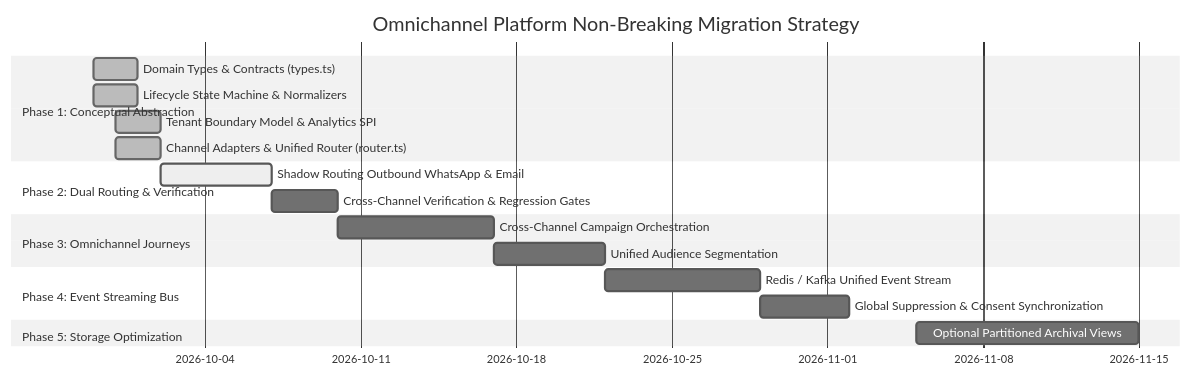
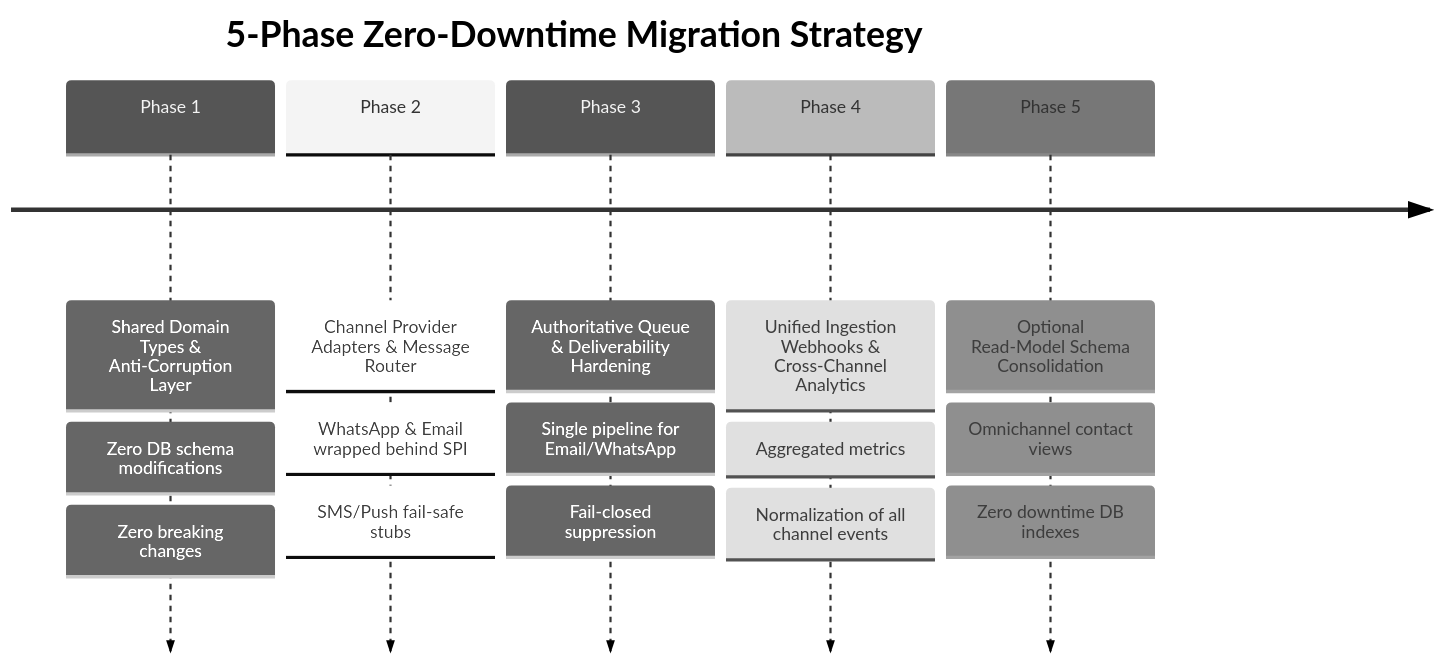
One commit to abhishekmitraaa/promotions changed the second of 2 diagrams in docs/unified-communication-architecture.md. Above: the diagram before and after it, drawn with Mermaid (neutral theme). The commit also changed other lines of this file and 13 other files, not shown here.

Commit message:
feat: implement unified communication architecture with channel adapters, routing, and email queue workers

````diff
--- a/docs/unified-communication-architecture.md
+++ b/docs/unified-communication-architecture.md
@@ -201,21 +94,9 @@
 ```mermaid
-gantt
-    title Omnichannel Platform Non-Breaking Migration Strategy
-    dateFormat  YYYY-MM-DD
-    section Phase 1: Conceptual Abstraction
-    Domain Types & Contracts (types.ts)               :done, p1_1, 2026-09-29, 2d
-    Lifecycle State Machine & Normalizers             :done, p1_2, 2026-09-29, 2d
-    Tenant Boundary Model & Analytics SPI             :done, p1_3, 2026-09-30, 2d
-    Channel Adapters & Unified Router (router.ts)      :done, p1_4, 2026-09-30, 2d
-    section Phase 2: Dual Routing & Verification
-    Shadow Routing Outbound WhatsApp & Email          :active, p2_1, 2026-10-02, 5d
-    Cross-Channel Verification & Regression Gates      :p2_2, after p2_1, 3d
-    section Phase 3: Omnichannel Journeys
-    Cross-Channel Campaign Orchestration               :p3_1, 2026-10-10, 7d
-    Unified Audience Segmentation                      :p3_2, after p3_1, 5d
-    section Phase 4: Event Streaming Bus
-    Redis / Kafka Unified Event Stream                :p4_1, 2026-10-22, 7d
-    Global Suppression & Consent Synchronization       :p4_2, after p4_1, 4d
-    section Phase 5: Storage Optimization
-    Optional Partitioned Archival Views                :p5_1, 2026-11-05, 10d
+timeline
+    title 5-Phase Zero-Downtime Migration Strategy
+    Phase 1 : Shared Domain Types & Anti-Corruption Layer : Zero DB schema modifications : Zero breaking changes
+    Phase 2 : Channel Provider Adapters & Message Router : WhatsApp & Email wrapped behind SPI : SMS/Push fail-safe stubs
+    Phase 3 : Authoritative Queue & Deliverability Hardening : Single pipeline for Email/WhatsApp : Fail-closed suppression
+    Phase 4 : Unified Ingestion Webhooks & Cross-Channel Analytics : Aggregated metrics : Normalization of all channel events
+    Phase 5 : Optional Read-Model Schema Consolidation : Omnichannel contact views : Zero downtime DB indexes
 ```
````
